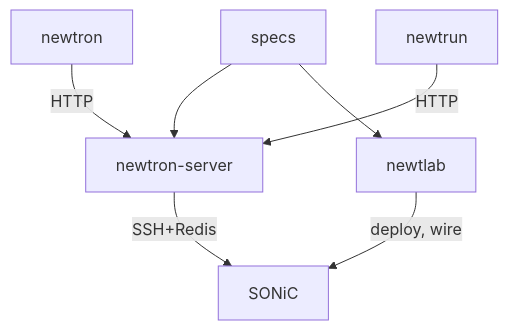
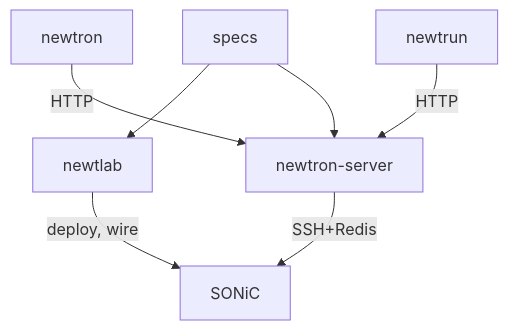
One commit to aldrin-isaac/newtron changed the diagram in docs/diagrams/system-overview.mmd. Above: the diagram before and after it, drawn with Mermaid. The commit also changed other lines of this file and 1 other file, not shown here.

First line of the commit message:
Diagram: separate specs edges from HTTP lines, fix shared-line confusion

```diff
--- a/docs/diagrams/system-overview.mmd
+++ b/docs/diagrams/system-overview.mmd
@@ -1,7 +1,7 @@
 graph TD
+    specs --> newtlab
     specs --> newtron-server
-    specs --> newtlab
     newtron -->|HTTP| newtron-server
     newtrun -->|HTTP| newtron-server
     newtron-server -->|SSH+Redis| SONiC
     newtlab -->|deploy, wire| SONiC
```
